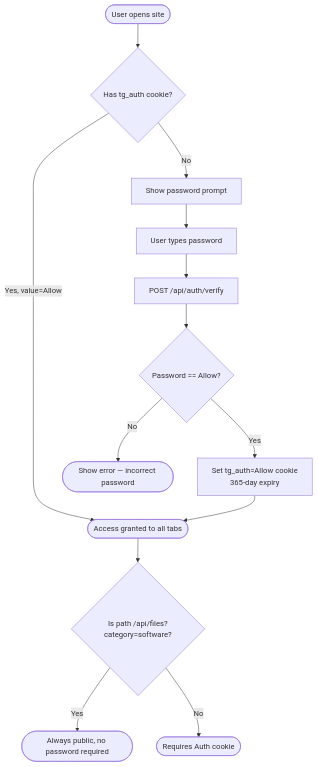
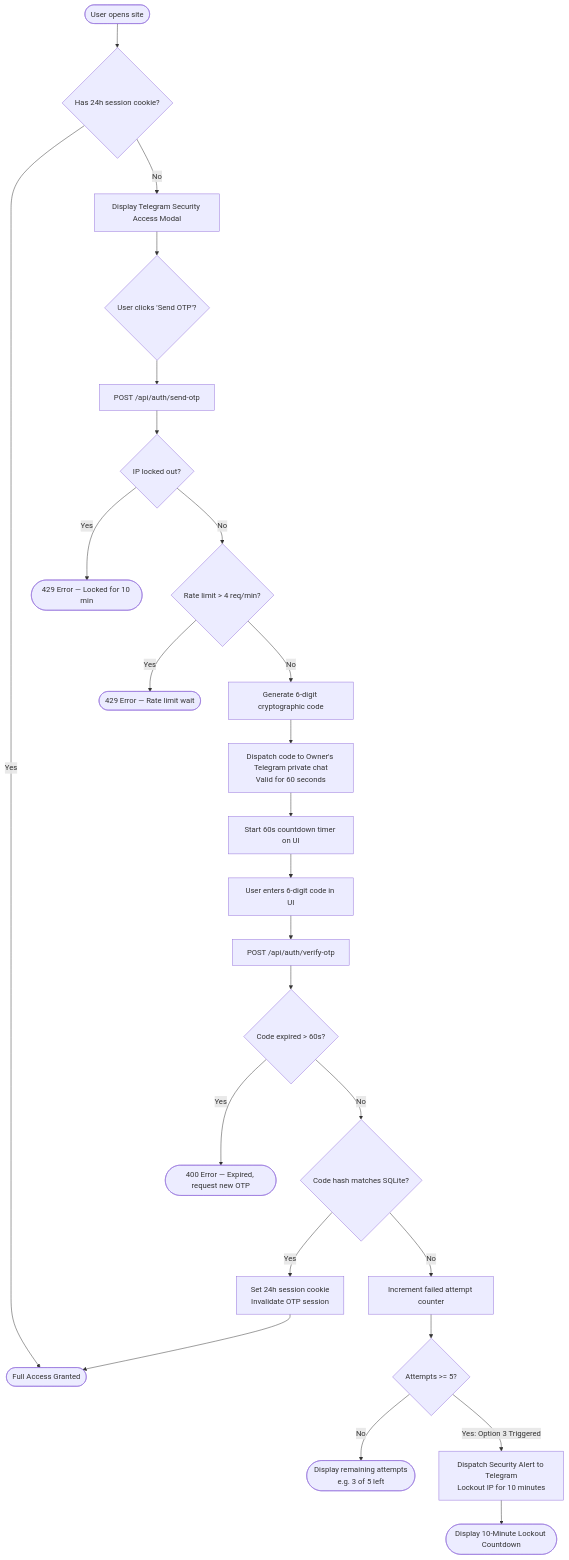
Before and after one commit to 120198subham/telegram-cloud-drive: the sixth of 7 diagrams in architecture-scanner/1_flow_diagram.md, drawn with Mermaid. The commit also changed other lines of this file and 10 other files, not shown here.

Commit message:
feat: per-tab OTP isolation, cross-tab auto-cancel, 4th channel modal support, and configuration sanitization

````diff
--- a/architecture-scanner/1_flow_diagram.md
+++ b/architecture-scanner/1_flow_diagram.md
@@ -241,16 +241,27 @@
 ```mermaid
 flowchart TD
-    A([User opens site]) --> B{Has tg_auth cookie?}
-    B -->|Yes, value=Allow| C([Access granted to all tabs])
-    B -->|No| D[Show password prompt]
-    D --> E[User types password]
-    E --> F[POST /api/auth/verify]
-    F --> G{Password == Allow?}
-    G -->|No| H([Show error — incorrect password])
-    G -->|Yes| I[Set tg_auth=Allow cookie\n365-day expiry]
-    I --> C
-
-    C --> J{Is path /api/files?category=software?}
-    J -->|Yes| K([Always public, no password required])
-    J -->|No| L([Requires Auth cookie])
+    A([User opens site]) --> B{Has 24h session cookie?}
+    B -->|Yes| C([Full Access Granted])
+    B -->|No| D[Display Telegram Security Access Modal]
+    D --> E{User clicks 'Send OTP'?}
+    E --> F[POST /api/auth/send-otp]
+    F --> G{IP locked out?}
+    G -->|Yes| H([429 Error — Locked for 10 min])
+    G -->|No| I{Rate limit > 4 req/min?}
+    I -->|Yes| J([429 Error — Rate limit wait])
+    I -->|No| K[Generate 6-digit cryptographic code]
+    K --> L[Dispatch code to Owner's Telegram private chat\nValid for 60 seconds]
+    L --> M[Start 60s countdown timer on UI]
+    M --> N[User enters 6-digit code in UI]
+    N --> O[POST /api/auth/verify-otp]
+    O --> P{Code expired > 60s?}
+    P -->|Yes| Q([400 Error — Expired, request new OTP])
+    P -->|No| R{Code hash matches SQLite?}
+    R -->|Yes| S[Set 24h session cookie\nInvalidate OTP session]
+    S --> C
+    R -->|No| T[Increment failed attempt counter]
+    T --> U{Attempts >= 5?}
+    U -->|No| V([Display remaining attempts\ne.g. 3 of 5 left])
+    U -->|Yes: Option 3 Triggered| W[Dispatch Security Alert to Telegram\nLockout IP for 10 minutes]
+    W --> X([Display 10-Minute Lockout Countdown])
 ```
````
